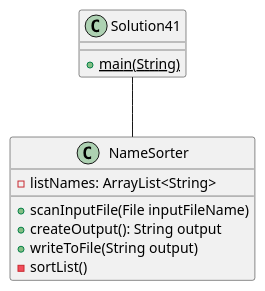
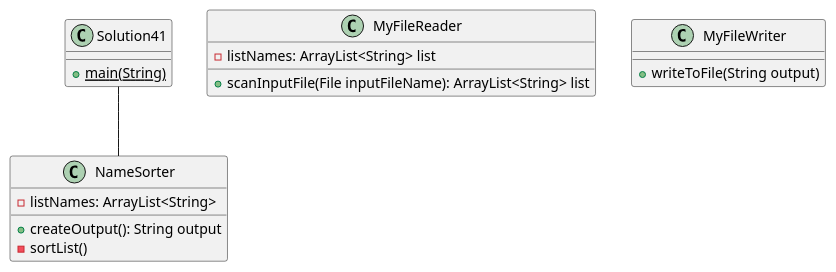
The diagram in exercise41/docs/Solution41UML.puml (MarcPalacio/palacio-a04), drawn with PlantUML before and after one commit. The commit also changed 5 other files, not shown here.

Commit message:
updated classes and added MyFileReader and MyFileWriter

```diff
--- a/exercise41/docs/Solution41UML.puml
+++ b/exercise41/docs/Solution41UML.puml
@@ -1,24 +1,35 @@
 @startuml
 
 class Solution41{
     ' Methods
     +{static}main(String)
 }
 
 class NameSorter{
     'Variables
     -listNames: ArrayList<String>
 
     'Methods
-    'Adds elements to listNames from input file
-    +scanInputFile(File inputFileName)
     'Adds elements to output string
     +createOutput(): String output
-    'Writes string to output file
-    +writeToFile(String output)
     'Sorts arraylist in alphabetical order
     -sortList()
 }
 
+class MyFileReader{
+    'Variables
+    -listNames: ArrayList<String> list
+
+    'Adds elements to listNames from input file
+    +scanInputFile(File inputFileName): ArrayList<String> list
+}
+
+class MyFileWriter{
+    'Writes string to output file
+    +writeToFile(String output)
+}
+
+
+
 Solution41--NameSorter
 @enduml
```
